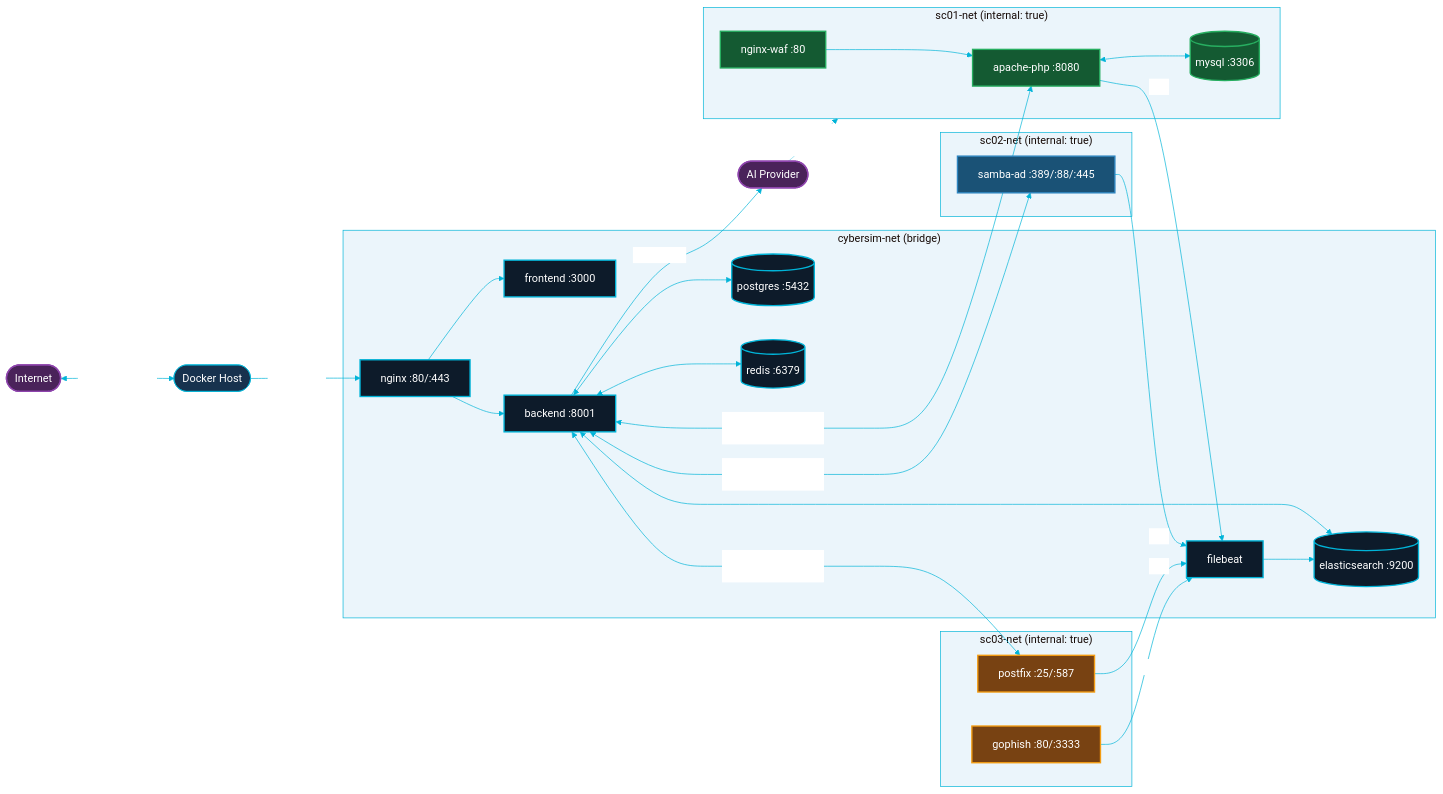
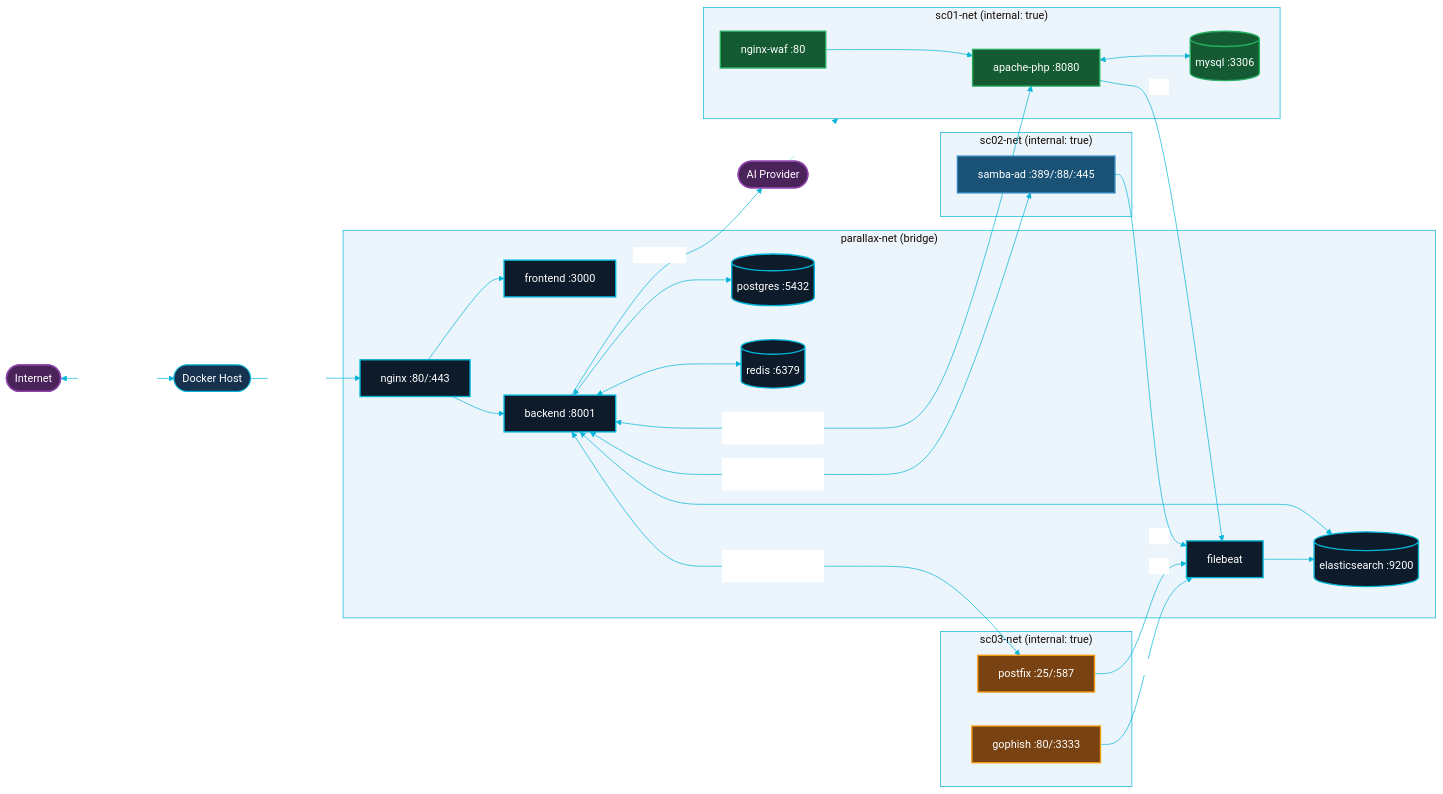
One commit to VinsmokeD/JUTerminal1 changed the diagram in docs/final-report/diagrams/source/docker-topology.mmd. Above: the diagram before and after it, drawn with Mermaid. The commit also changed 228 other files, not shown here.

```diff
--- a/docs/final-report/diagrams/source/docker-topology.mmd
+++ b/docs/final-report/diagrams/source/docker-topology.mmd
@@ -1,60 +1,60 @@
 %%{init: {'theme': 'base', 'themeVariables': {'primaryColor': '#0D1B2A', 'primaryTextColor': '#FFFFFF', 'primaryBorderColor': '#00B4D8', 'lineColor': '#00B4D8', 'secondaryColor': '#17324E', 'tertiaryColor': '#E8F4F8', 'clusterBkg': '#EBF5FB', 'clusterBorder': '#00B4D8', 'edgeLabelBackground': '#FFFFFF', 'fontFamily': 'Segoe UI, Arial'}}}%%
 flowchart LR
     classDef core fill:#0D1B2A,stroke:#00B4D8,stroke-width:2px,color:#FFFFFF
     classDef sc01 fill:#145A32,stroke:#27AE60,stroke-width:2px,color:#FFFFFF
     classDef sc02 fill:#1A5276,stroke:#2E86C1,stroke-width:2px,color:#FFFFFF
     classDef sc03 fill:#784212,stroke:#F39C12,stroke-width:2px,color:#FFFFFF
     classDef outside fill:#4A235A,stroke:#8E44AD,stroke-width:2px,color:#FFFFFF
     classDef host fill:#17324E,stroke:#00B4D8,stroke-width:1px,color:#FFFFFF
 
     HOST(["Docker Host"])
 
-    subgraph BRIDGE_CORE["  cybersim-net  (bridge)  "]
+    subgraph BRIDGE_CORE["  parallax-net  (bridge)  "]
         NGX["nginx :80/:443"]
         FE_C["frontend :3000"]
         BE_C["backend :8001"]
         PG_C[("postgres :5432")]
         RD_C[("redis :6379")]
         ES_C[("elasticsearch :9200")]
         FB_C["filebeat"]
     end
 
     subgraph SC01_NET["  sc01-net  (internal: true)  "]
         S01A["apache-php :8080"]
         S01B[("mysql :3306")]
         S01C["nginx-waf :80"]
     end
 
     subgraph SC02_NET["  sc02-net  (internal: true)  "]
         S02A["samba-ad :389/:88/:445"]
     end
 
     subgraph SC03_NET["  sc03-net  (internal: true)  "]
         S03A["postfix :25/:587"]
         S03B["gophish :80/:3333"]
     end
 
     INTERNET(["Internet"])
     AI_EXT(["AI Provider"])
 
     HOST -->|":80 exposed"| NGX
     NGX --> FE_C & BE_C
     BE_C <--> PG_C & RD_C & ES_C
     FB_C --> ES_C
     BE_C <-->|"Docker socket\n/var/run/docker.sock"| S01A & S02A & S03A
     S01A <--> S01B
     S01C --> S01A
     S01A -->|"logs"| FB_C
     S02A -->|"logs"| FB_C
     S03A & S03B -->|"logs"| FB_C
     BE_C -->|"HTTPS API"| AI_EXT
     INTERNET <-->|"Student browser"| HOST
     AI_EXT -.->|"(no outbound\nfrom containers)"| SC01_NET
 
     class NGX,FE_C,BE_C core
     class PG_C,RD_C,ES_C,FB_C core
     class S01A,S01B,S01C sc01
     class S02A sc02
     class S03A,S03B sc03
     class HOST host
     class INTERNET,AI_EXT outside
```
